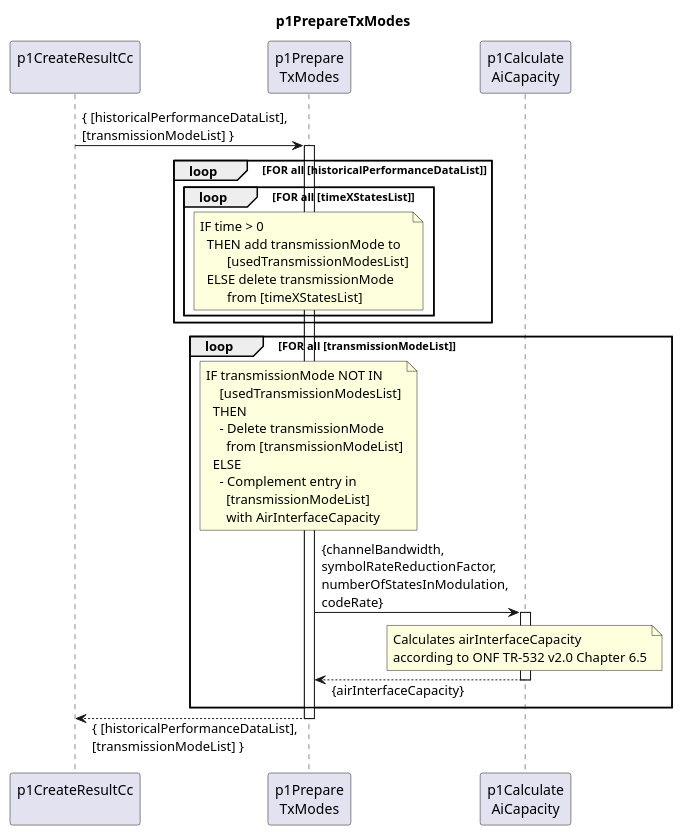
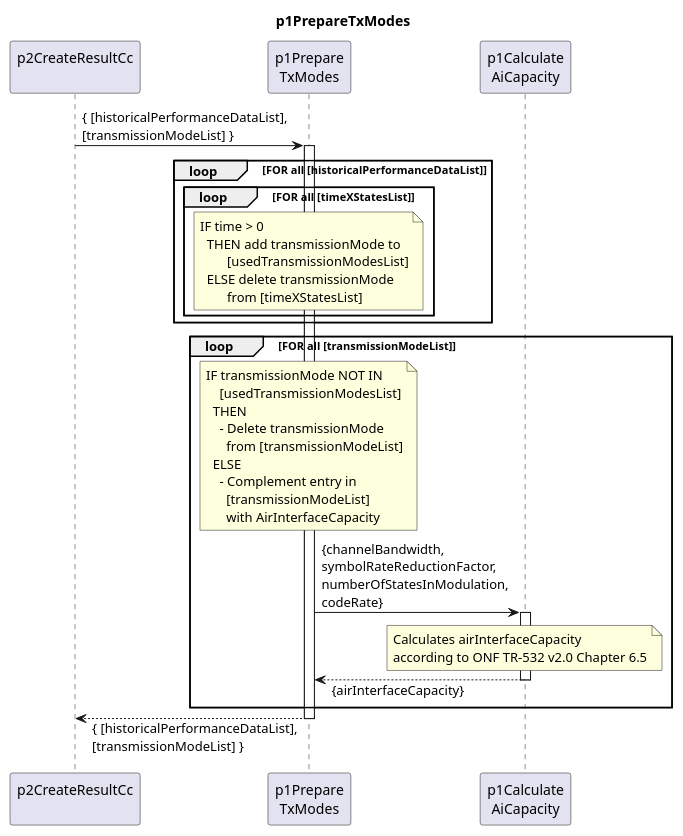
One commit to openBackhaul/DevicePerformanceManagementDataProcessor changed the diagram in spec/Functions/p1StreamPmData/p2ProcessDevice/p2CreateResultCc/p1PrepareTxModes/1.0.0/p1PrepareTxModes.plantuml. Above: the diagram before and after it, drawn with PlantUML. The commit also changed 16 other files, not shown here.

Commit message:
Fix couple of glitches; update diagrams

```diff
--- a/spec/Functions/p1StreamPmData/p2ProcessDevice/p2CreateResultCc/p1PrepareTxModes/1.0.0/p1PrepareTxModes.plantuml
+++ b/spec/Functions/p1StreamPmData/p2ProcessDevice/p2CreateResultCc/p1PrepareTxModes/1.0.0/p1PrepareTxModes.plantuml
@@ -1,59 +1,59 @@
 @startuml p1PrepareTxModes
 skinparam responseMessageBelowArrow true
 
 title
   p1PrepareTxModes
 end title
 
-participant "p1CreateResultCc\n" as cur
+participant "p2CreateResultCc\n" as cur
 
 participant "p1Prepare\nTxModes" as prepTxModes
 participant "p1Calculate\nAiCapacity" as aiCC
 
 
 cur -> prepTxModes : { [historicalPerformanceDataList],\n[transmissionModeList] }
 activate prepTxModes
 
   loop FOR all [historicalPerformanceDataList]
     loop FOR all [timeXStatesList]
       note over prepTxModes
         IF time > 0
           THEN add transmissionMode to
                 [usedTransmissionModesList]
           ELSE delete transmissionMode
                 from [timeXStatesList]
       end note
     end loop
   end loop
 
   loop FOR all [transmissionModeList]
 
     note over prepTxModes
       IF transmissionMode NOT IN
           [usedTransmissionModesList]
         THEN
           - Delete transmissionMode
             from [transmissionModeList]
         ELSE
           - Complement entry in
             [transmissionModeList]
             with AirInterfaceCapacity
     end note
 
     prepTxModes -> aiCC : {channelBandwidth,\nsymbolRateReductionFactor,\nnumberOfStatesInModulation,\ncodeRate}
     activate aiCC
       note over aiCC
         Calculates airInterfaceCapacity
         according to ONF TR-532 v2.0 Chapter 6.5
       end note
     prepTxModes <-- aiCC: {airInterfaceCapacity}
     deactivate aiCC
 
   end loop
 
 cur <-- prepTxModes : { [historicalPerformanceDataList],\n[transmissionModeList] }
 deactivate prepTxModes
 
 deactivate cur
 
 @enduml
```
